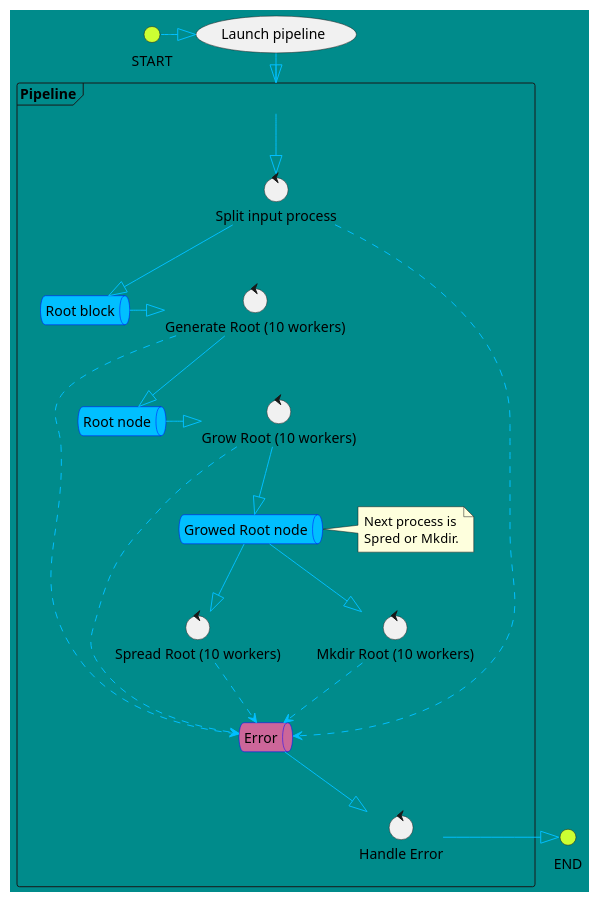
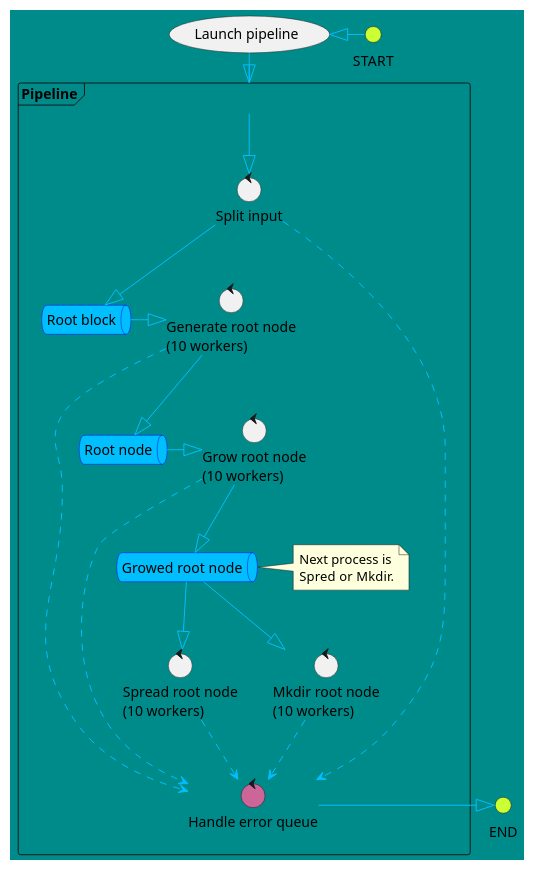
The diagram in process.pu (ddddddO/gtree), drawn with PlantUML before and after one commit. The commit also changed 1 other file, not shown here.

```diff
--- a/process.pu
+++ b/process.pu
@@ -1,59 +1,57 @@
 @startuml
 skinparam {
   backgroundColor DarkCyan
 
   InterfaceBackgroundColor #CCFF33
   ComponentStyle rectangle
   ArrowColor DeepSkyBlue
   QueueBorderColor blue
   QueueBackgroundColor DeepSkyBlue
 }
 
 
 ' stages
 interface "START" as start
 
 (Launch pipeline) as init
 
 frame "Pipeline" as pipeline {
-  control "Split input process" as split_proc
-  control "Generate Root (10 workers)" as generate_root_worker
-  control "Grow Root (10 workers)" as grow_worker
-  control "Spread Root (10 workers)" as spread_worker
-  control "Mkdir Root (10 workers)" as mkdir_worker
-  control "Handle Error" as error_handler
+  control "Split input" as split_proc
+  control "Generate root node\n(10 workers)" as generate_root_worker
+  control "Grow root node\n(10 workers)" as grow_worker
+  control "Spread root node\n(10 workers)" as spread_worker
+  control "Mkdir root node\n(10 workers)" as mkdir_worker
+  control "Handle error queue" as error_handler #CC6699
 
   queue "Root block" as split_q
   queue "Root node" as root_q
-  queue "Growed Root node" as growing_q
+  queue "Growed root node" as growing_q
   note right of growing_q
   Next process is
   Spred or Mkdir.
   end note
-  queue Error as err #CC6699
 }
 
 interface "END" as end
 
 
 ' flow
-start -|> init
+init <|- start
 init --|> pipeline
 pipeline --|> split_proc
 split_proc --|> split_q
 split_q -|> generate_root_worker
 generate_root_worker --|> root_q
 root_q -|> grow_worker
 grow_worker --|> growing_q
 growing_q -|> spread_worker
 growing_q --|> mkdir_worker
 
-split_proc ..> err
-generate_root_worker ..> err
-grow_worker ..> err
-spread_worker ..> err
-mkdir_worker ..> err
+split_proc ..> error_handler
+generate_root_worker ..> error_handler
+grow_worker ..> error_handler
+spread_worker ..> error_handler
+mkdir_worker ..> error_handler
 
-err --|> error_handler
 error_handler -|> end
 @enduml
```
